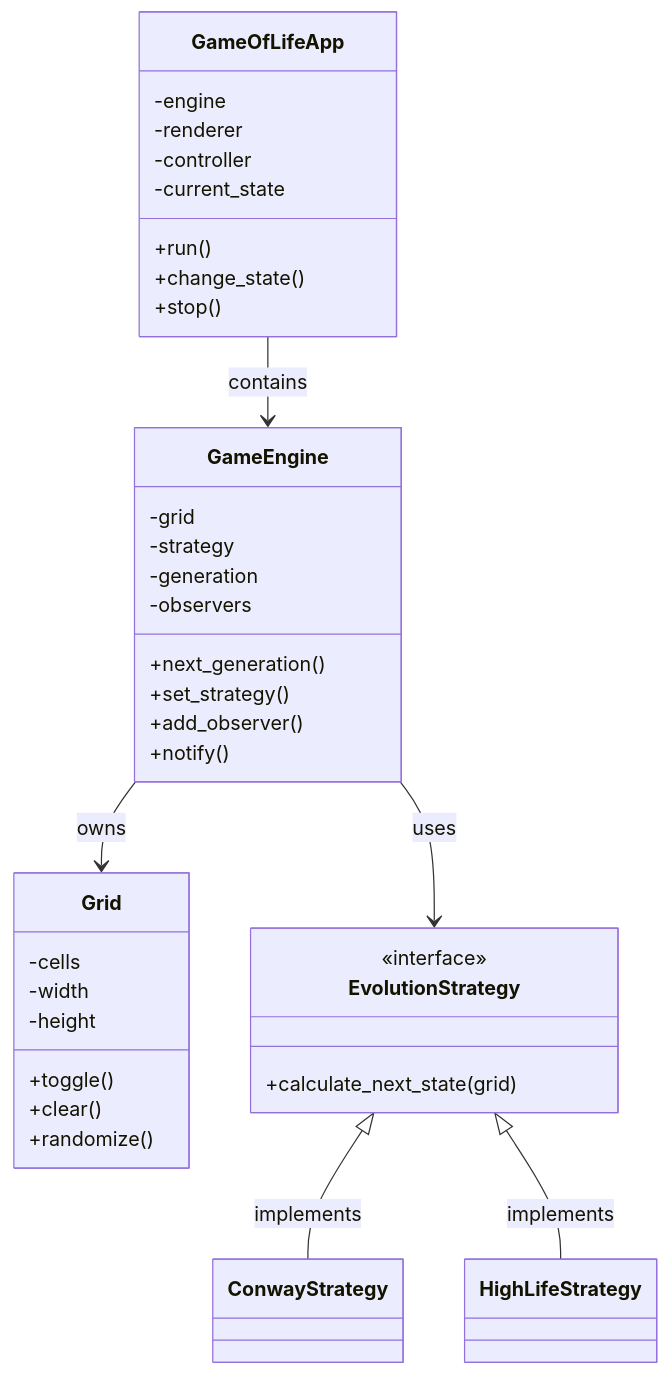
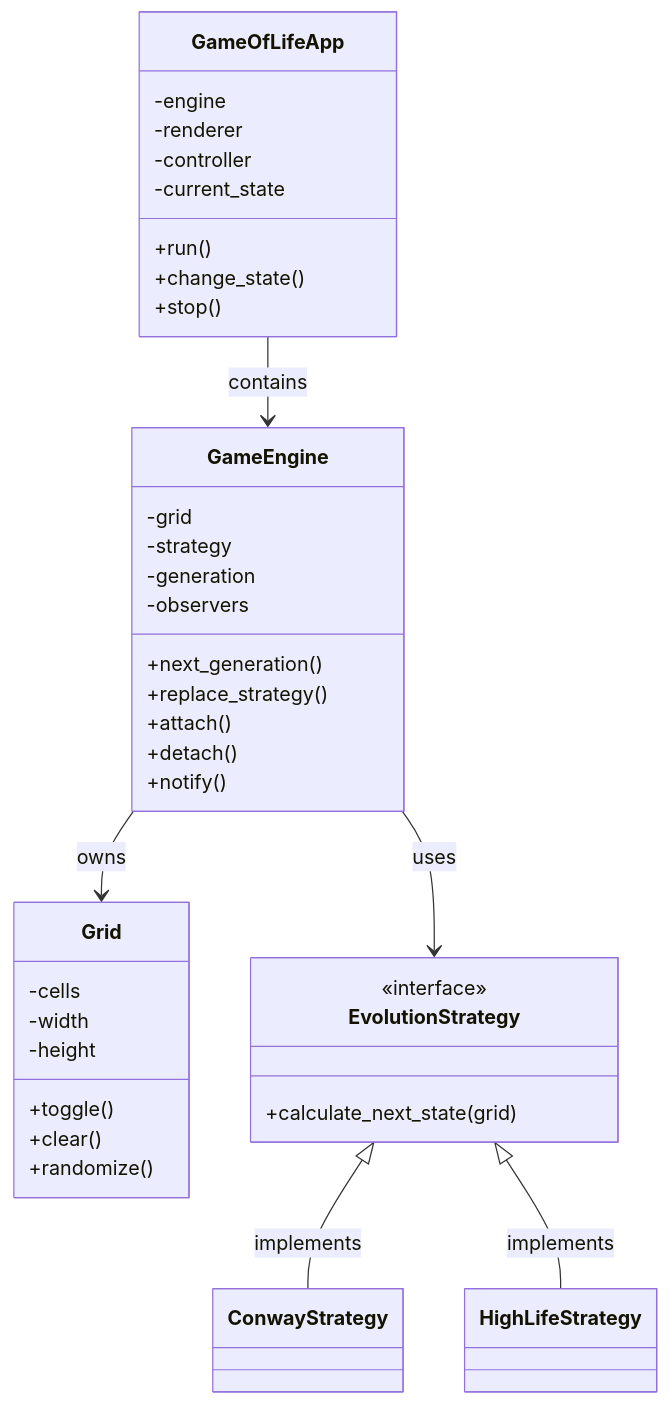
The diagram in docs/class_diagram.md (Stentzler/game-of-life-design-patterns), drawn with Mermaid before and after one commit. The commit also changed 9 other files, not shown here.

````diff
--- a/docs/class_diagram.md
+++ b/docs/class_diagram.md
@@ -1,49 +1,50 @@
 ```mermaid
 classDiagram
     class GameOfLifeApp {
         -engine
         -renderer
         -controller
         -current_state
         +run()
         +change_state()
         +stop()
     }
 
     class GameEngine {
         -grid
         -strategy
         -generation
         -observers
         +next_generation()
-        +set_strategy()
-        +add_observer()
+        +replace_strategy()
+        +attach()
+        +detach()
         +notify()
     }
 
     class Grid {
         -cells
         -width
         -height
         +toggle()
         +clear()
         +randomize()
     }
 
     class EvolutionStrategy {
         <<interface>>
         +calculate_next_state(grid)
     }
 
     class ConwayStrategy {
     }
 
     class HighLifeStrategy {
     }
 
     GameOfLifeApp --> GameEngine : contains
     GameEngine --> Grid : owns
     GameEngine --> EvolutionStrategy : uses
     EvolutionStrategy <|-- ConwayStrategy : implements
     EvolutionStrategy <|-- HighLifeStrategy : implements
 ```
````
